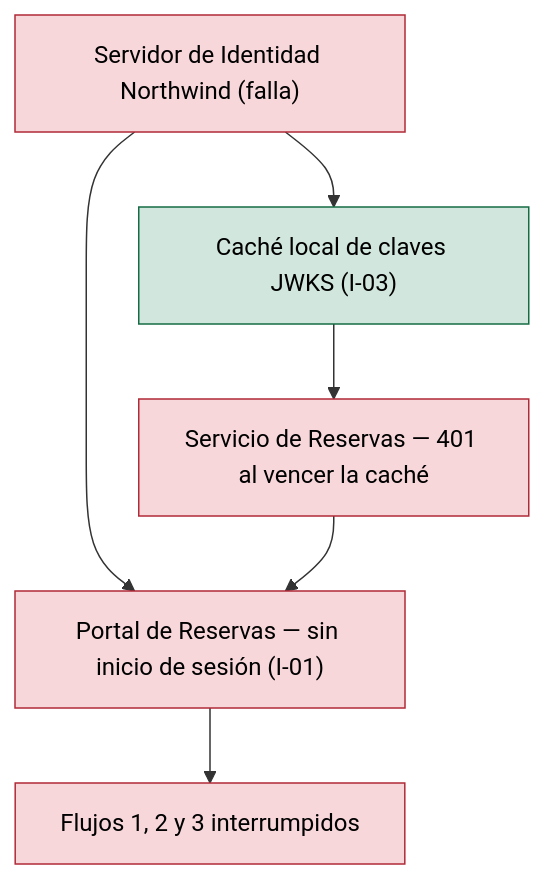
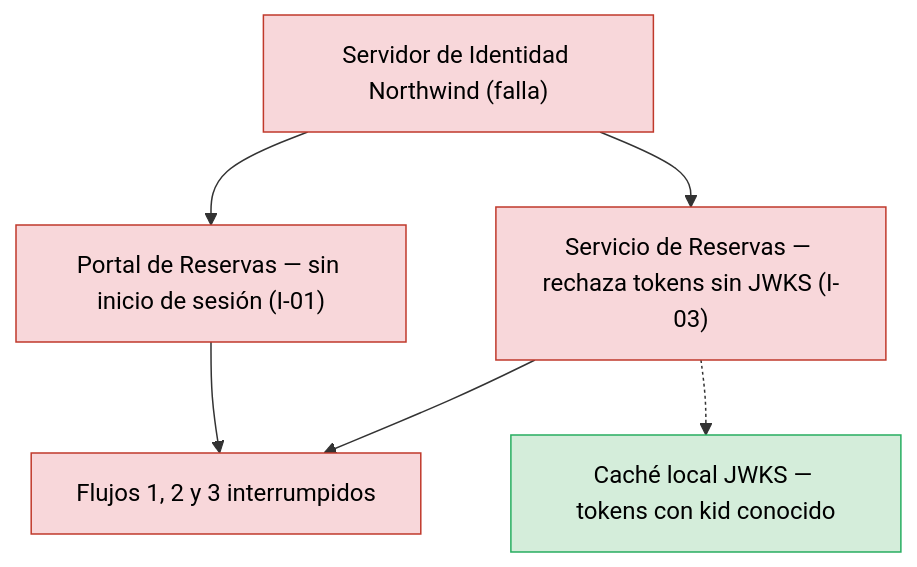
The first of 3 diagrams in analysis/BLAST-RADIUS-2026-11-03.md (shadowX4fox/northwind-reservas), drawn with Mermaid before and after one commit. The commit also changed other lines of this file and 7 other files, not shown here.

````diff
--- a/analysis/BLAST-RADIUS-2026-11-03.md
+++ b/analysis/BLAST-RADIUS-2026-11-03.md
@@ -37,15 +39,15 @@
 ```mermaid
 flowchart TB
-  IDP["Servidor de Identidad Northwind (falla)"]:::cascading
-  PORTAL["Portal de Reservas — sin inicio de sesión (I-01)"]:::cascading
-  JWKS["Caché local de claves JWKS (I-03)"]:::contained
-  SVC["Servicio de Reservas — 401 al vencer la caché"]:::cascading
-  F["Flujos 1, 2 y 3 interrumpidos"]:::cascading
-  IDP --> PORTAL
-  IDP --> JWKS
-  JWKS --> SVC
-  SVC --> PORTAL
-  PORTAL --> F
-  classDef cascading fill:#f8d7da,stroke:#b02a37,color:#000
-  classDef contained fill:#d1e7dd,stroke:#146c43,color:#000
+    IDP["Servidor de Identidad Northwind (falla)"]:::cascading
+    PORTAL["Portal de Reservas — sin inicio de sesión (I-01)"]:::cascading
+    SVC["Servicio de Reservas — rechaza tokens sin JWKS (I-03)"]:::cascading
+    CACHE["Caché local JWKS — tokens con kid conocido"]:::contained
+    F["Flujos 1, 2 y 3 interrumpidos"]:::cascading
+    IDP --> PORTAL
+    IDP --> SVC
+    SVC -.-> CACHE
+    PORTAL --> F
+    SVC --> F
+    classDef cascading fill:#f8d7da,stroke:#c0392b,color:#000
+    classDef contained fill:#d4edda,stroke:#27ae60,color:#000
 ```
````
